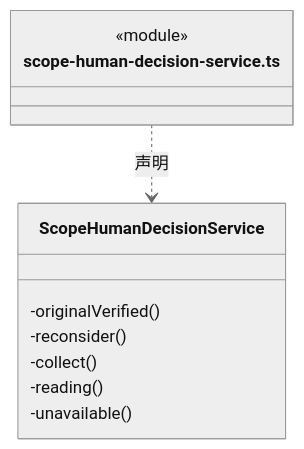
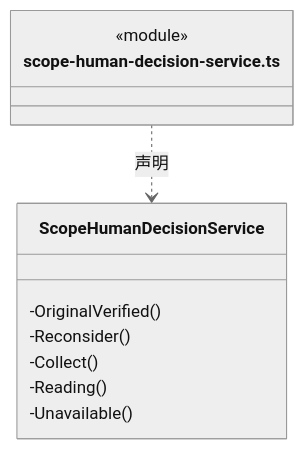
Diagram 16 of 25 in src/logic/tasks/runtime/ARCHITECTURE.md (nan023062/cbim), drawn with Mermaid (neutral theme) before and after one commit. The commit also changed other lines of this file and 1035 other files, not shown here.

````diff
--- a/src/logic/tasks/runtime/ARCHITECTURE.md
+++ b/src/logic/tasks/runtime/ARCHITECTURE.md
@@ -420,14 +420,14 @@
 ```mermaid
 classDiagram
 class N_src_logic_tasks_runtime_scope_human_decision_service_ts["scope-human-decision-service.ts"] {
   <<module>>
 }
 class N_src_logic_tasks_runtime_scope_human_decision_service_ts_ScopeHumanDecisionService["ScopeHumanDecisionService"] {
-  -originalVerified()
-  -reconsider()
-  -collect()
-  -reading()
-  -unavailable()
+  -OriginalVerified()
+  -Reconsider()
+  -Collect()
+  -Reading()
+  -Unavailable()
 }
 N_src_logic_tasks_runtime_scope_human_decision_service_ts ..> N_src_logic_tasks_runtime_scope_human_decision_service_ts_ScopeHumanDecisionService : 声明
 ```
````
